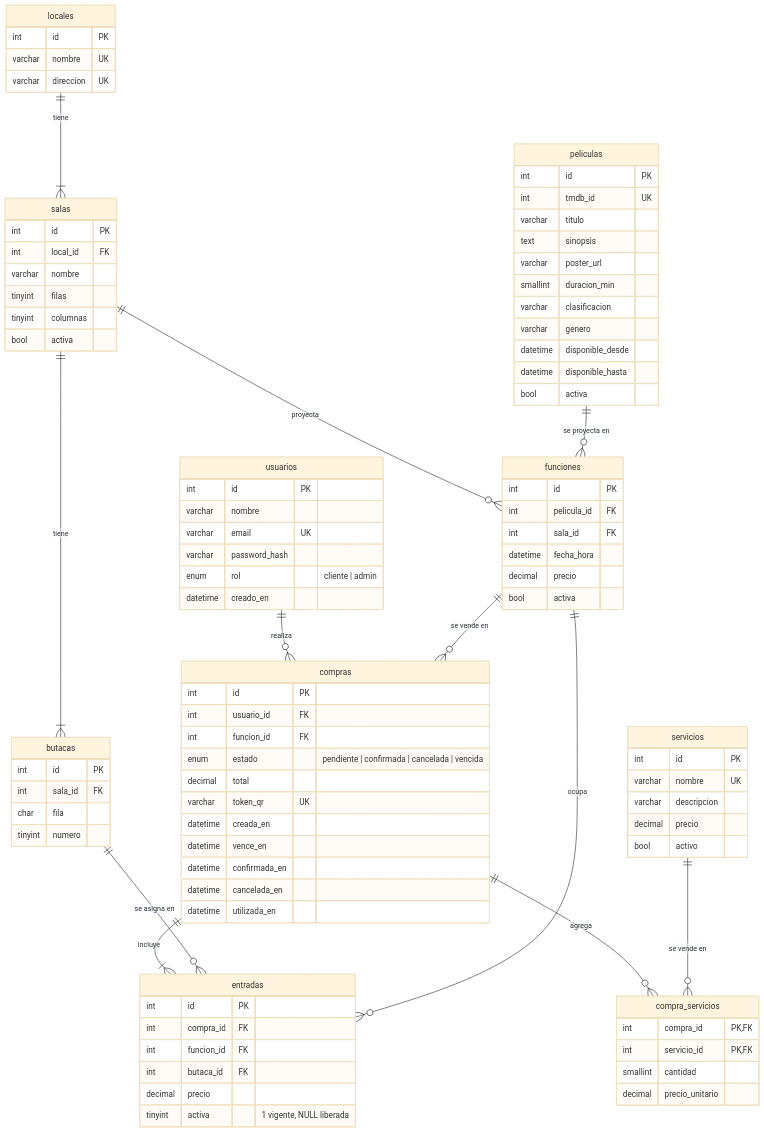
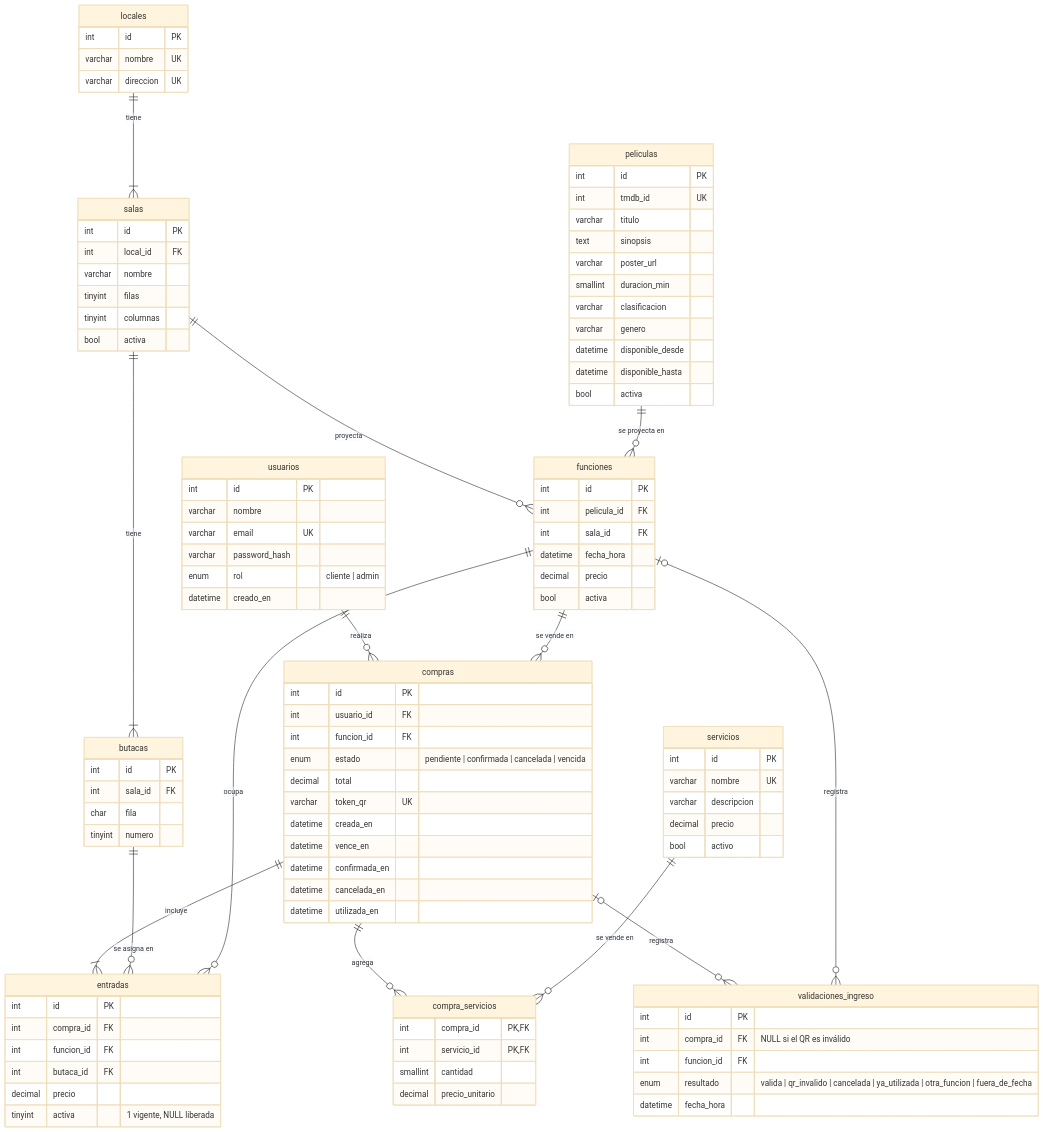
The diagram in docs/base_de_datos.md (LucasFiuba1/tp-integrador-ids-cinemark), drawn with Mermaid (base theme) before and after one commit. The commit also changed other lines of this file and 2 other files, not shown here.

Commit message:
SCRUM-125: crear la tabla validaciones_ingreso en el esquema y documentarla

````diff
--- a/docs/base_de_datos.md
+++ b/docs/base_de_datos.md
@@ -23,6 +23,8 @@
     funciones ||--o{ entradas : "ocupa"
     compras ||--o{ compra_servicios : "agrega"
     servicios ||--o{ compra_servicios : "se vende en"
+    compras |o--o{ validaciones_ingreso : "registra"
+    funciones |o--o{ validaciones_ingreso : "registra"
 
     usuarios {
         int id PK
@@ -106,4 +108,11 @@
         smallint cantidad
         decimal precio_unitario
     }
+    validaciones_ingreso {
+        int id PK
+        int compra_id FK "NULL si el QR es inválido"
+        int funcion_id FK
+        enum resultado "valida | qr_invalido | cancelada | ya_utilizada | otra_funcion | fuera_de_fecha"
+        datetime fecha_hora
+    }
 ```
````
